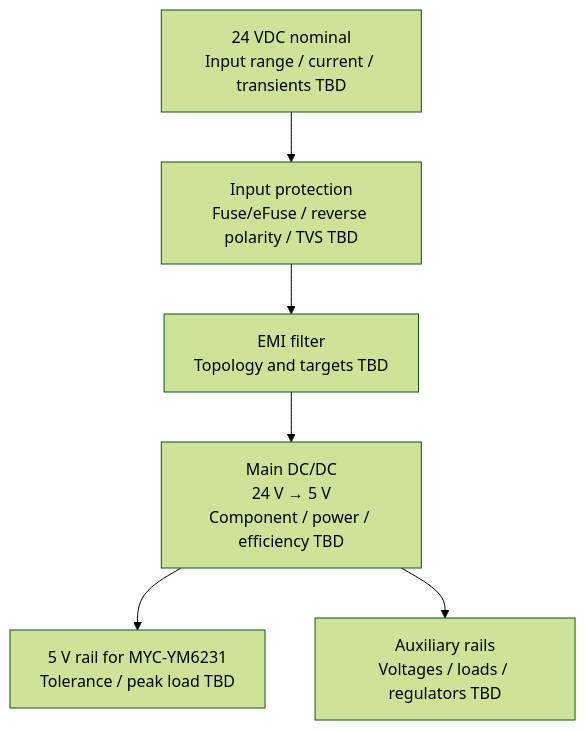
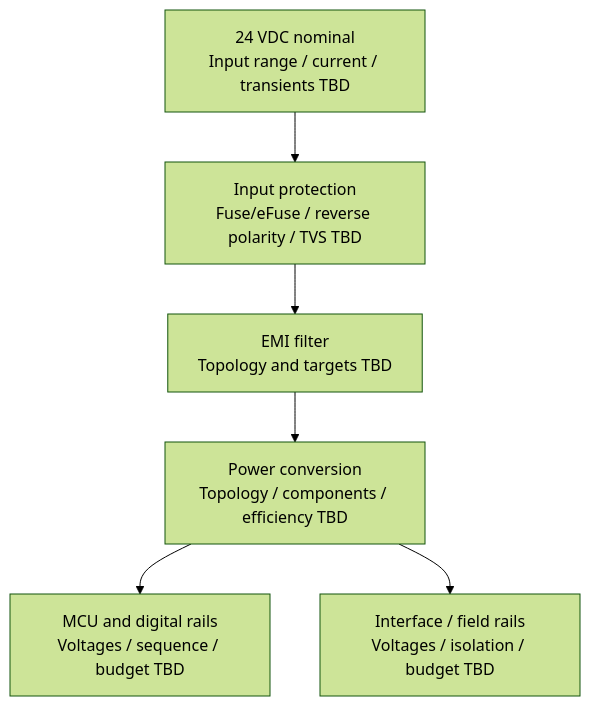
The third of 3 diagrams in docs/industrial_linux_gateway_requirements.md (anhenaobe/industrial-comunication-gateway), drawn with Mermaid (forest theme) before and after one commit. The commit also changed other lines of this file and 7 other files, not shown here.

````diff
--- a/docs/industrial_linux_gateway_requirements.md
+++ b/docs/industrial_linux_gateway_requirements.md
@@ -294,15 +283,15 @@
 ```mermaid
 flowchart TB
     VIN["24 VDC nominal<br/>Input range / current / transients TBD"]
     PROT["Input protection<br/>Fuse/eFuse / reverse polarity / TVS TBD"]
     EMI["EMI filter<br/>Topology and targets TBD"]
-    DCDC["Main DC/DC<br/>24 V → 5 V<br/>Component / power / efficiency TBD"]
-    SOM5["5 V rail for MYC-YM6231<br/>Tolerance / peak load TBD"]
-    AUX["Auxiliary rails<br/>Voltages / loads / regulators TBD"]
+    CONV["Power conversion<br/>Topology / components / efficiency TBD"]
+    MCU_RAILS["MCU and digital rails<br/>Voltages / sequence / budget TBD"]
+    FIELD_RAILS["Interface / field rails<br/>Voltages / isolation / budget TBD"]
 
     VIN --> PROT
     PROT --> EMI
-    EMI --> DCDC
-    DCDC --> SOM5
-    DCDC --> AUX
+    EMI --> CONV
+    CONV --> MCU_RAILS
+    CONV --> FIELD_RAILS
 ```
````
